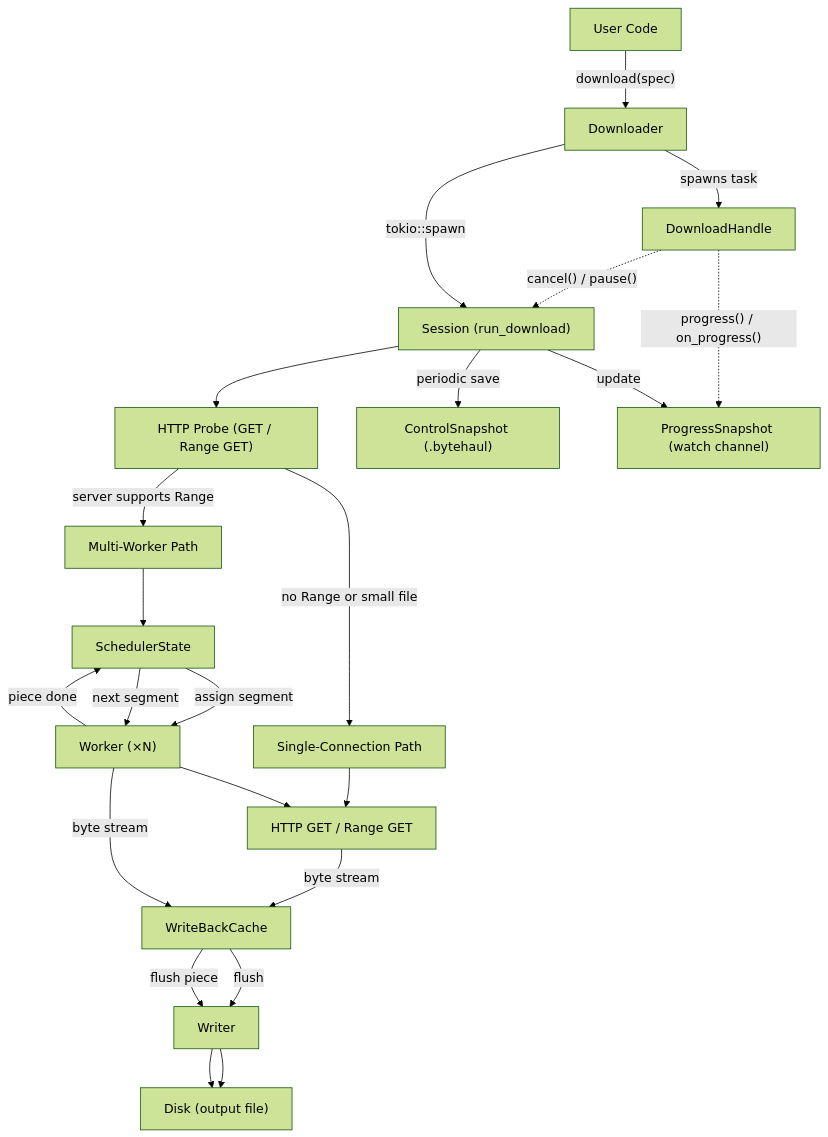
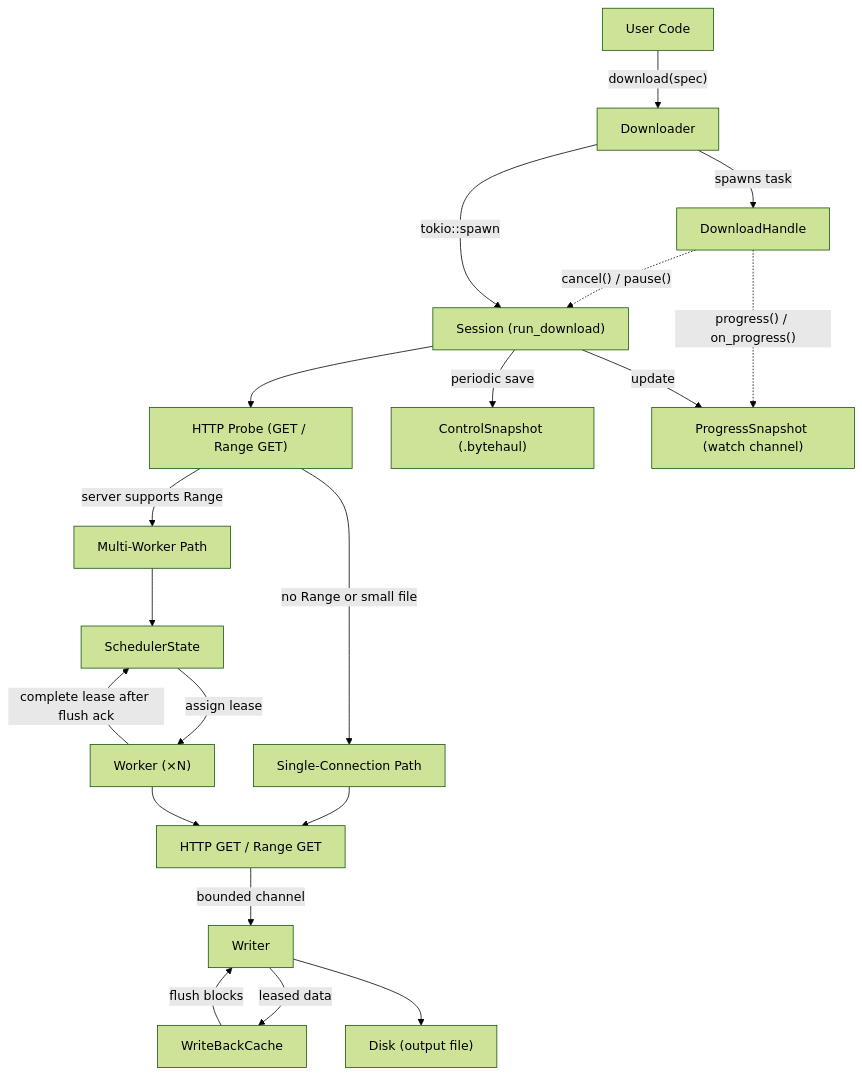
One commit to triwinds/bytehaul changed the diagram in docs/architecture.md. Above: the diagram before and after it, drawn with Mermaid (forest theme). The commit also changed other lines of this file and 28 other files, not shown here.

Commit message:
fix: simplify download flow and preserve durable checkpoints

````diff
--- a/docs/architecture.md
+++ b/docs/architecture.md
@@ -13,45 +13,41 @@
 ```mermaid
 graph TD
     User["User Code"]
     Downloader["Downloader"]
     Handle["DownloadHandle"]
     Session["Session (run_download)"]
     Probe["HTTP Probe (GET / Range GET)"]
     Single["Single-Connection Path"]
     Multi["Multi-Worker Path"]
     Scheduler["SchedulerState"]
     Worker["Worker (×N)"]
     HTTP["HTTP GET / Range GET"]
     Cache["WriteBackCache"]
     Writer["Writer"]
     Disk["Disk (output file)"]
     Control["ControlSnapshot (.bytehaul)"]
     Progress["ProgressSnapshot (watch channel)"]
 
     User -->|"download(spec)"| Downloader
     Downloader -->|"spawns task"| Handle
     Handle -.->|"progress() / on_progress()"| Progress
     Handle -.->|"cancel() / pause()"| Session
     Downloader -->|"tokio::spawn"| Session
 
     Session --> Probe
     Probe -->|"server supports Range"| Multi
     Probe -->|"no Range or small file"| Single
 
     Single --> HTTP
-    HTTP -->|"byte stream"| Cache
-    Cache -->|"flush"| Writer
+    Multi --> Scheduler
+    Scheduler -->|"assign lease"| Worker
+    Worker --> HTTP
+    HTTP -->|"bounded channel"| Writer
+    Writer -->|"leased data"| Cache
+    Cache -->|"flush blocks"| Writer
     Writer --> Disk
-
-    Multi --> Scheduler
-    Scheduler -->|"assign segment"| Worker
-    Worker --> HTTP
-    Worker -->|"byte stream"| Cache
-    Cache -->|"flush piece"| Writer
-    Writer --> Disk
-    Worker -->|"piece done"| Scheduler
-    Scheduler -->|"next segment"| Worker
+    Worker -->|"complete lease after flush ack"| Scheduler
 
     Session -->|"periodic save"| Control
     Session -->|"update"| Progress
 ```
````
